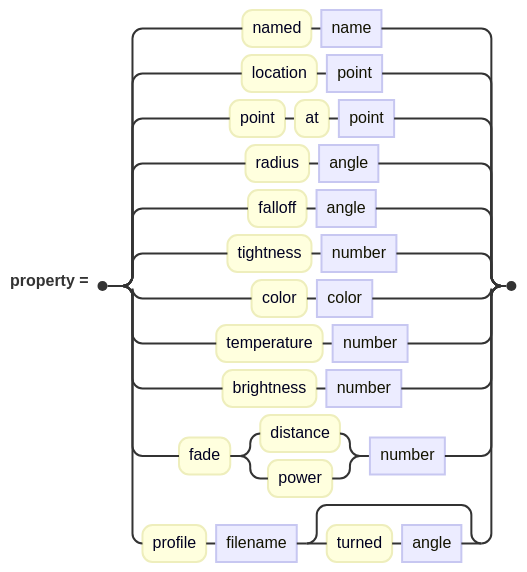
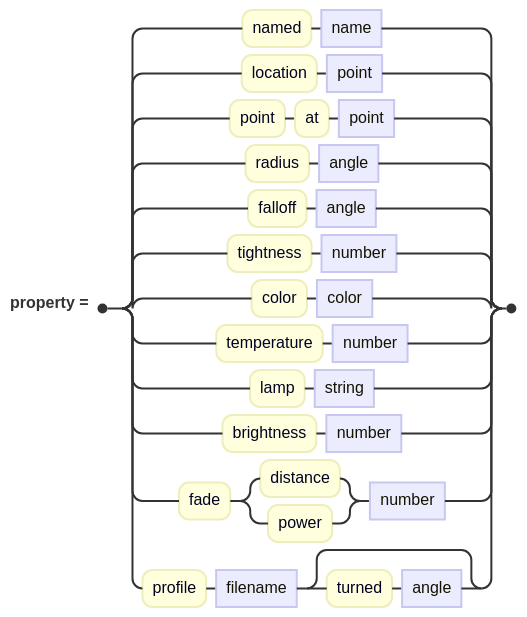
Before and after one commit to jskress/RayTracer: the diagram in docs/diagrams/lights/spotLight.mmd, drawn with Mermaid. The commit also changed 46 other files, not shown here.

```diff
--- a/docs/diagrams/lights/spotLight.mmd
+++ b/docs/diagrams/lights/spotLight.mmd
@@ -1,8 +1,8 @@
 railroad-ebnf-beta
 title "Spotlight properties"
 
 property = "named" name | "location" point | "point" "at" point
          | "radius" angle | "falloff" angle | "tightness" number
-         | "color" color | "temperature" number | "brightness" number
+         | "color" color | "temperature" number | "lamp" string | "brightness" number
          | "fade" ( "distance" | "power" ) number
          | "profile" filename [ "turned" angle ] ;
```
